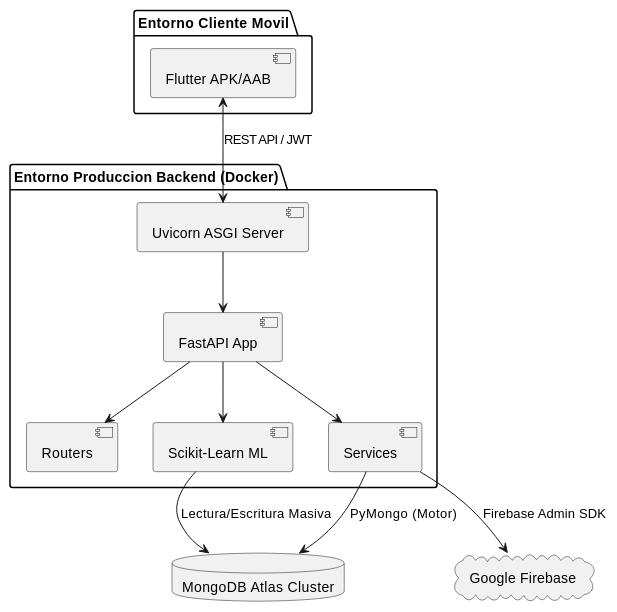
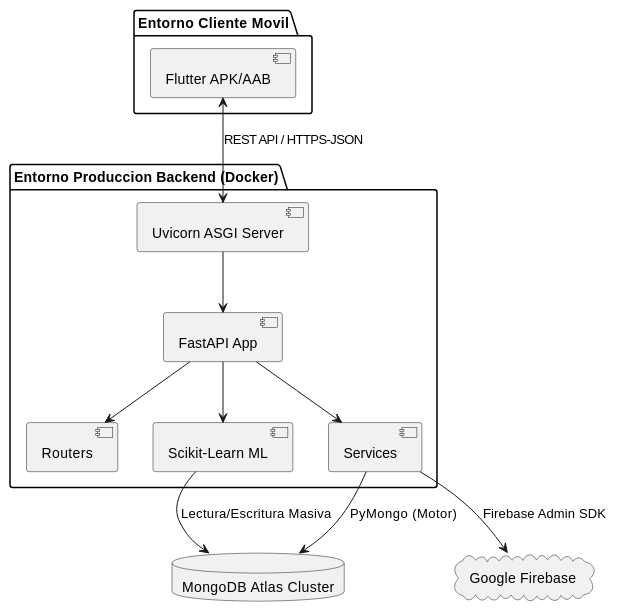
The eighth of 10 diagrams in docs/FD04-EPIS-Informe SAD de Proyecto.md (pieroalexanderppc/sgeo_pp), drawn with PlantUML before and after one commit. The commit also changed other lines of this file and 27 other files, not shown here.

````diff
--- a/docs/FD04-EPIS-Informe SAD de Proyecto.md
+++ b/docs/FD04-EPIS-Informe SAD de Proyecto.md
@@ -380,29 +420,29 @@
 ```plantuml
 @startuml
 skinparam shadowing false
 
 package "Entorno Cliente Movil" {
   component [Flutter APK/AAB] as UI
 }
 
 package "Entorno Produccion Backend (Docker)" {
   component [Uvicorn ASGI Server] as Uvicorn
   component [FastAPI App] as FastAPI
   component [Routers] as Routers
   component [Services] as Services
   component [Scikit-Learn ML] as ML
 }
 
 database "MongoDB Atlas Cluster" as Mongo
 cloud "Google Firebase" as Firebase
 
-UI <--> Uvicorn : REST API / JWT
+UI <--> Uvicorn : REST API / HTTPS-JSON
 Uvicorn --> FastAPI
 FastAPI --> Routers
 FastAPI --> Services
 FastAPI --> ML
 Services --> Mongo : PyMongo (Motor)
 ML --> Mongo : Lectura/Escritura Masiva
 Services --> Firebase : Firebase Admin SDK
 @enduml
 ```
````
